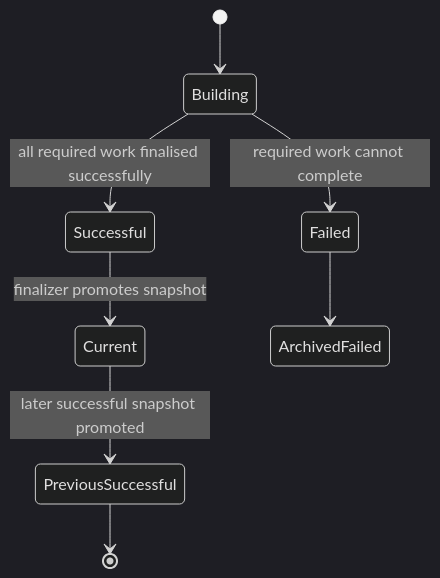
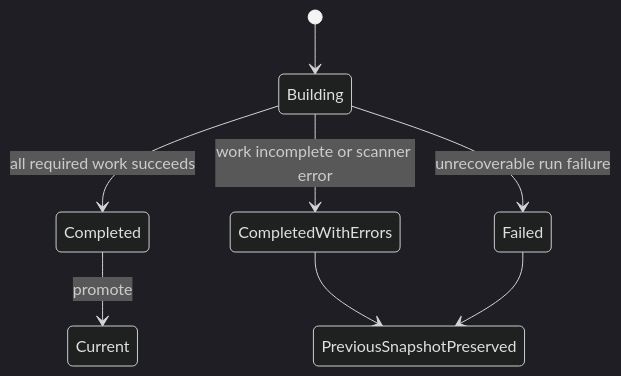
The third of 3 diagrams in docs/FIELD_USAGE_ARCHITECTURE.md (vikascohen/Salesforce-ER-Modeller-Studio), drawn with Mermaid (dark theme) before and after one commit. The commit also changed other lines of this file, not shown here.

Commit message:
Update Version 3 Field Usage architecture documentation

````diff
--- a/docs/FIELD_USAGE_ARCHITECTURE.md
+++ b/docs/FIELD_USAGE_ARCHITECTURE.md
@@ -352,10 +130,10 @@
 ```mermaid
 stateDiagram-v2
     [*] --> Building
-    Building --> Successful: all required work finalised successfully
-    Building --> Failed: required work cannot complete
-    Successful --> Current: finalizer promotes snapshot
-    Failed --> ArchivedFailed
-    Current --> PreviousSuccessful: later successful snapshot promoted
-    PreviousSuccessful --> [*]
+    Building --> Completed: all required work succeeds
+    Building --> CompletedWithErrors: work incomplete or scanner error
+    Building --> Failed: unrecoverable run failure
+    Completed --> Current: promote
+    CompletedWithErrors --> PreviousSnapshotPreserved
+    Failed --> PreviousSnapshotPreserved
 ```
````
